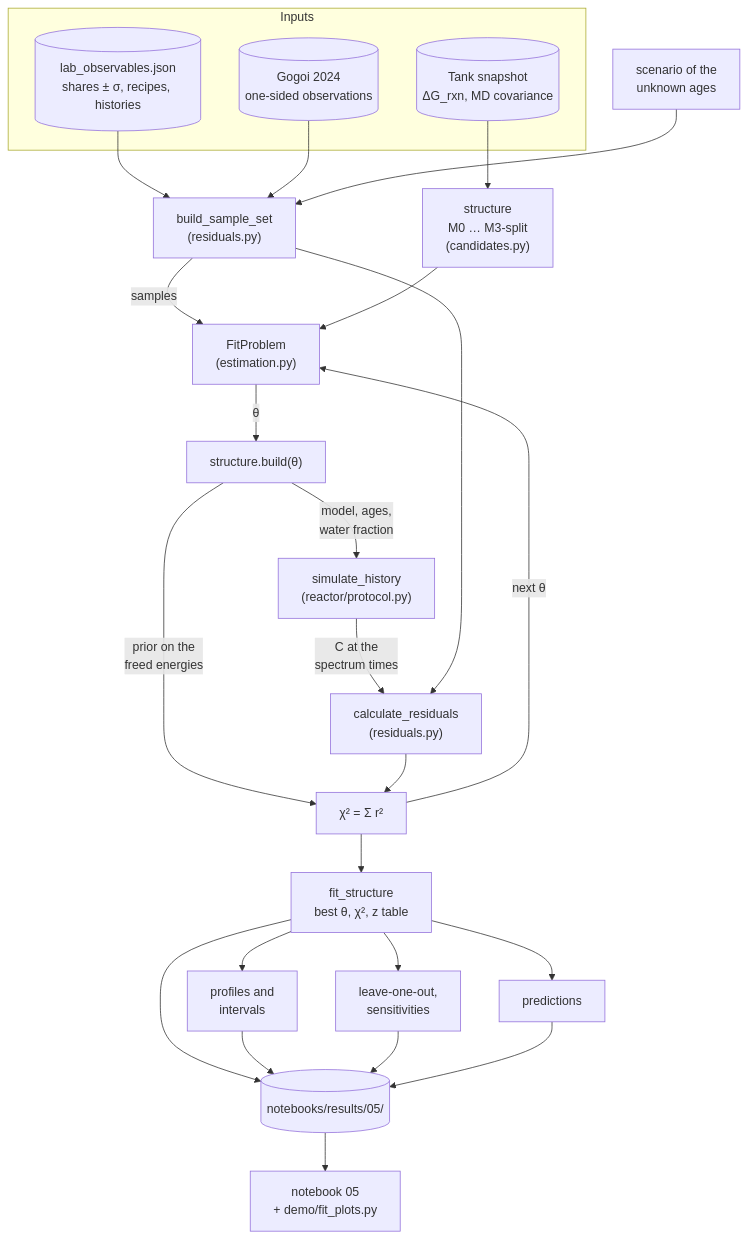
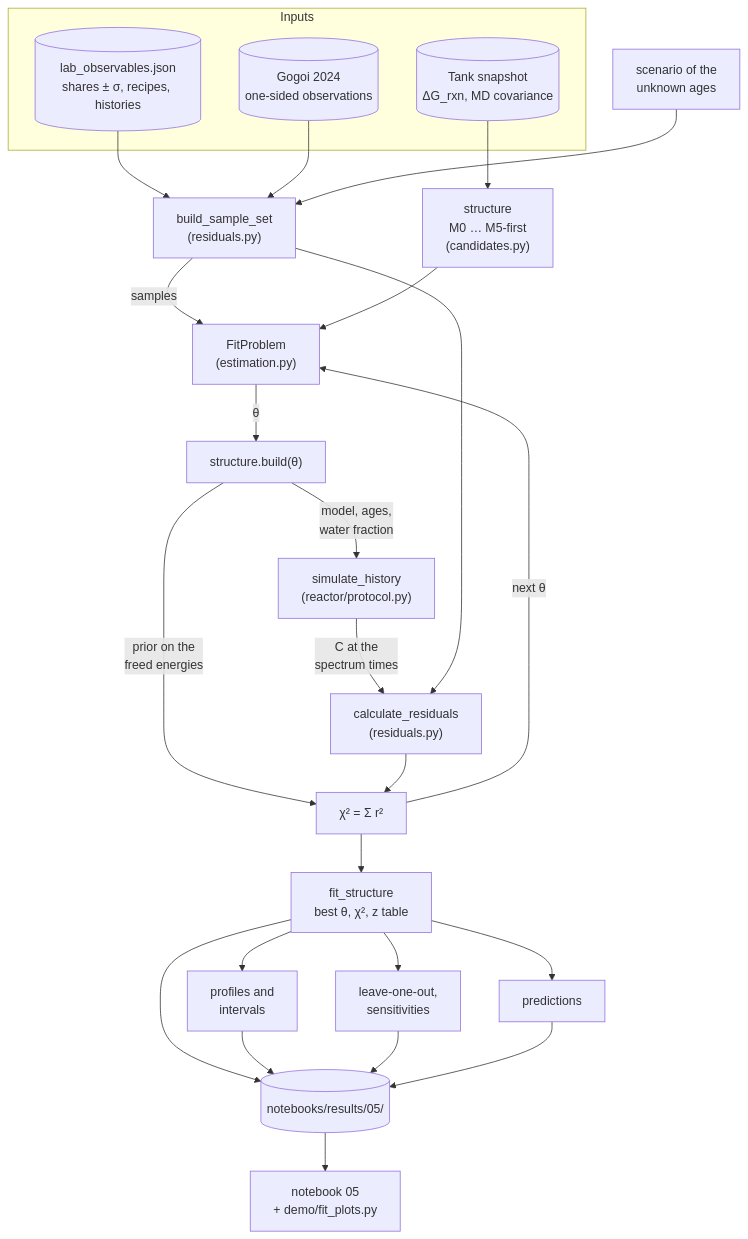
The first of 4 diagrams in docs/reference-fitting_system.md (yralcaraz/atom-to-reactor), drawn with Mermaid before and after one commit. The commit also changed other lines of this file and 6 other files, not shown here.

````diff
--- a/docs/reference-fitting_system.md
+++ b/docs/reference-fitting_system.md
@@ -18,35 +18,35 @@
 ```mermaid
 flowchart TB
     subgraph INPUTS["Inputs"]
         OBS[("lab_observables.json<br/>shares ± σ, recipes, histories")]
         PAPER[("Gogoi 2024<br/>one-sided observations")]
         SNAP[("Tank snapshot<br/>ΔG_rxn, MD covariance")]
     end
 
     OBS --> SS["build_sample_set<br/>(residuals.py)"]
     PAPER --> SS
     SCEN["scenario of the<br/>unknown ages"] --> SS
     SS -- "samples" --> FP["FitProblem<br/>(estimation.py)"]
 
-    STRUCT["structure<br/>M0 … M3-split<br/>(candidates.py)"] --> FP
+    STRUCT["structure<br/>M0 … M5-first<br/>(candidates.py)"] --> FP
     SNAP --> STRUCT
 
     FP -- "θ" --> BUILD["structure.build(θ)"]
     BUILD -- "model, ages,<br/>water fraction" --> SIM["simulate_history<br/>(reactor/protocol.py)"]
     SIM -- "C at the<br/>spectrum times" --> RES["calculate_residuals<br/>(residuals.py)"]
     SS --> RES
     BUILD -- "prior on the<br/>freed energies" --> CHI["χ² = Σ r²"]
     RES --> CHI
     CHI -- "next θ" --> FP
 
     CHI --> FIT["fit_structure<br/>best θ, χ², z table"]
     FIT --> PROF["profiles and<br/>intervals"]
     FIT --> LOO["leave-one-out,<br/>sensitivities"]
     FIT --> PRED["predictions"]
 
     FIT --> FILES[("notebooks/results/05/")]
     PROF --> FILES
     LOO --> FILES
     PRED --> FILES
     FILES --> NB["notebook 05<br/>+ demo/fit_plots.py"]
 ```
````
